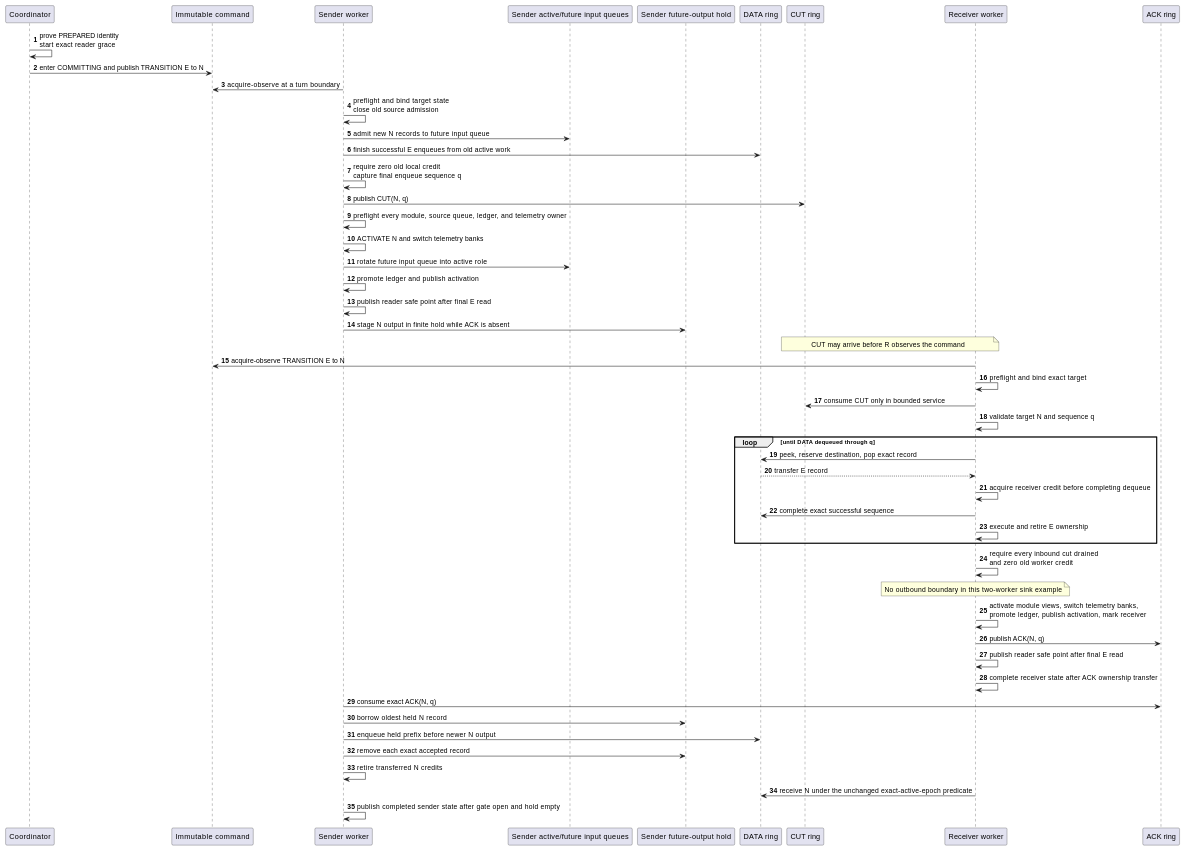
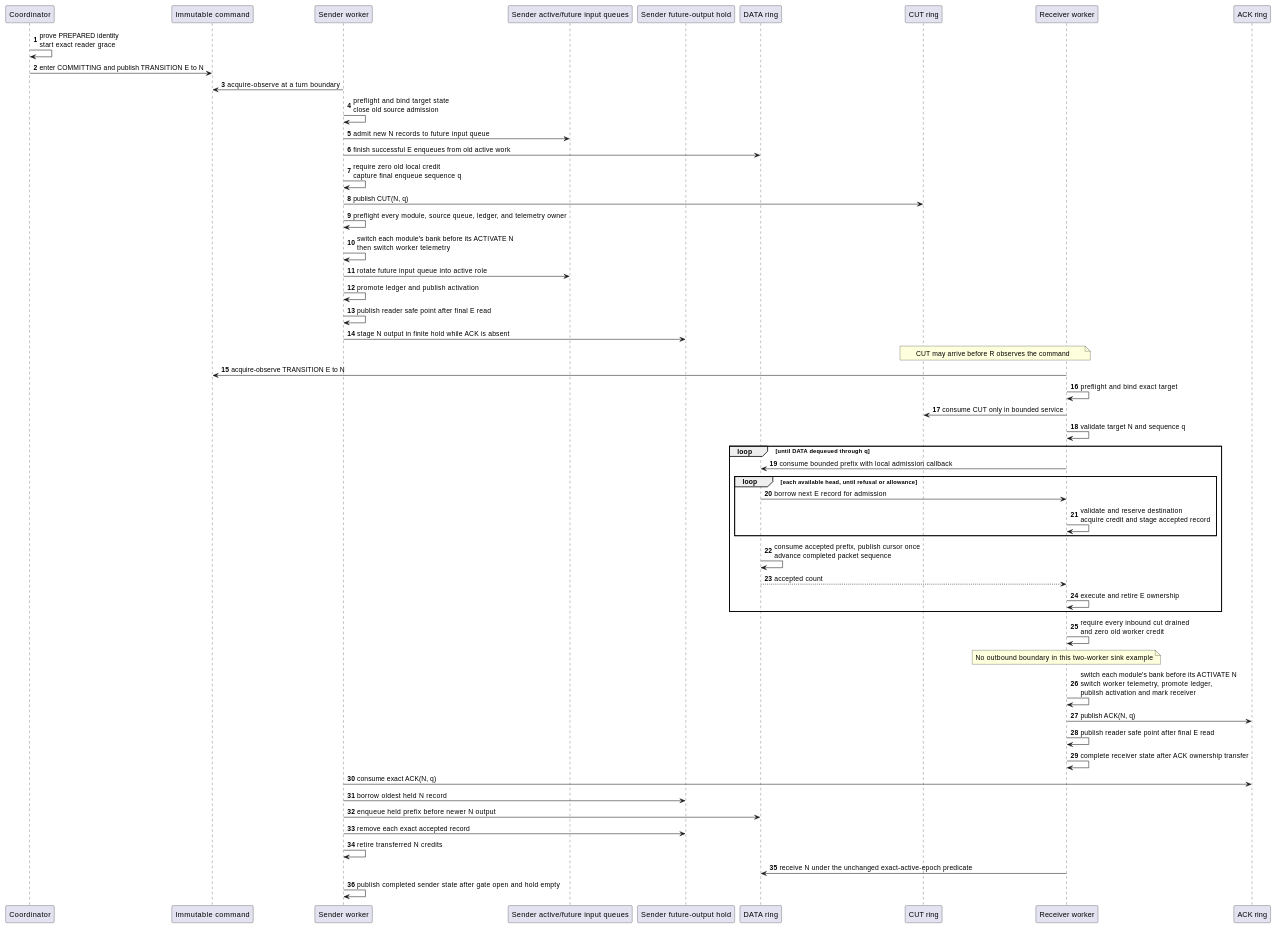
One commit to flemingpatel/kinetum changed the second of 8 diagrams in docs/diagrams/ordered_cut_boundary_protocol.md. Above: the diagram before and after it, drawn with PlantUML. The commit also changed other lines of this file and 17 other files, not shown here.

````diff
--- a/docs/diagrams/ordered_cut_boundary_protocol.md
+++ b/docs/diagrams/ordered_cut_boundary_protocol.md
@@ -149,56 +149,59 @@
 ```{uml}
 @startuml
     autonumber
     participant "Coordinator" as C
     participant "Immutable command" as CMD
     participant "Sender worker" as S
     participant "Sender active/future input queues" as I
     participant "Sender future-output hold" as H
     participant "DATA ring" as D
     participant "CUT ring" as K
     participant "Receiver worker" as R
     participant "ACK ring" as A
 
     C->C: prove PREPARED identity\nstart exact reader grace
     C->CMD: enter COMMITTING and publish TRANSITION E to N
     S->CMD: acquire-observe at a turn boundary
     S->S: preflight and bind target state\nclose old source admission
     S->I: admit new N records to future input queue
     S->D: finish successful E enqueues from old active work
     S->S: require zero old local credit\ncapture final enqueue sequence q
     S->K: publish CUT(N, q)
     S->S: preflight every module, source queue, ledger, and telemetry owner
-    S->S: ACTIVATE N and switch telemetry banks
+    S->S: switch each module's bank before its ACTIVATE N\nthen switch worker telemetry
     S->I: rotate future input queue into active role
     S->S: promote ledger and publish activation
     S->S: publish reader safe point after final E read
     S->H: stage N output in finite hold while ACK is absent
 
     note over K,R: CUT may arrive before R observes the command
     R->CMD: acquire-observe TRANSITION E to N
     R->R: preflight and bind exact target
     R->K: consume CUT only in bounded service
     R->R: validate target N and sequence q
     loop until DATA dequeued through q
-        R->D: peek, reserve destination, pop exact record
-        D-->R: transfer E record
-        R->R: acquire receiver credit before completing dequeue
-        R->D: complete exact successful sequence
+        R->D: consume bounded prefix with local admission callback
+        loop each available head, until refusal or allowance
+            D->R: borrow next E record for admission
+            R->R: validate and reserve destination\nacquire credit and stage accepted record
+        end
+        D->D: consume accepted prefix, publish cursor once\nadvance completed packet sequence
+        D-->R: accepted count
         R->R: execute and retire E ownership
     end
     R->R: require every inbound cut drained\nand zero old worker credit
     note over R: No outbound boundary in this two-worker sink example
-    R->R: activate module views, switch telemetry banks,\npromote ledger, publish activation, mark receiver
+    R->R: switch each module's bank before its ACTIVATE N\nswitch worker telemetry, promote ledger,\npublish activation and mark receiver
     R->A: publish ACK(N, q)
     R->R: publish reader safe point after final E read
     R->R: complete receiver state after ACK ownership transfer
 
     S->A: consume exact ACK(N, q)
     S->H: borrow oldest held N record
     S->D: enqueue held prefix before newer N output
     S->H: remove each exact accepted record
     S->S: retire transferred N credits
     R->D: receive N under the unchanged exact-active-epoch predicate
     S->S: publish completed sender state after gate open and hold empty
 @enduml
 ```
````
